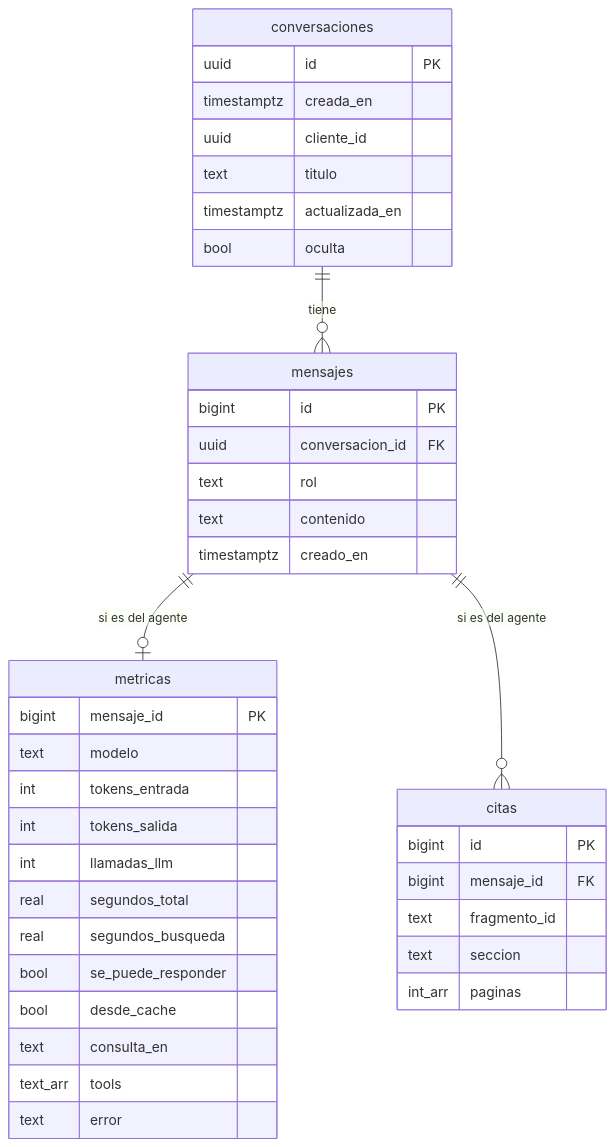
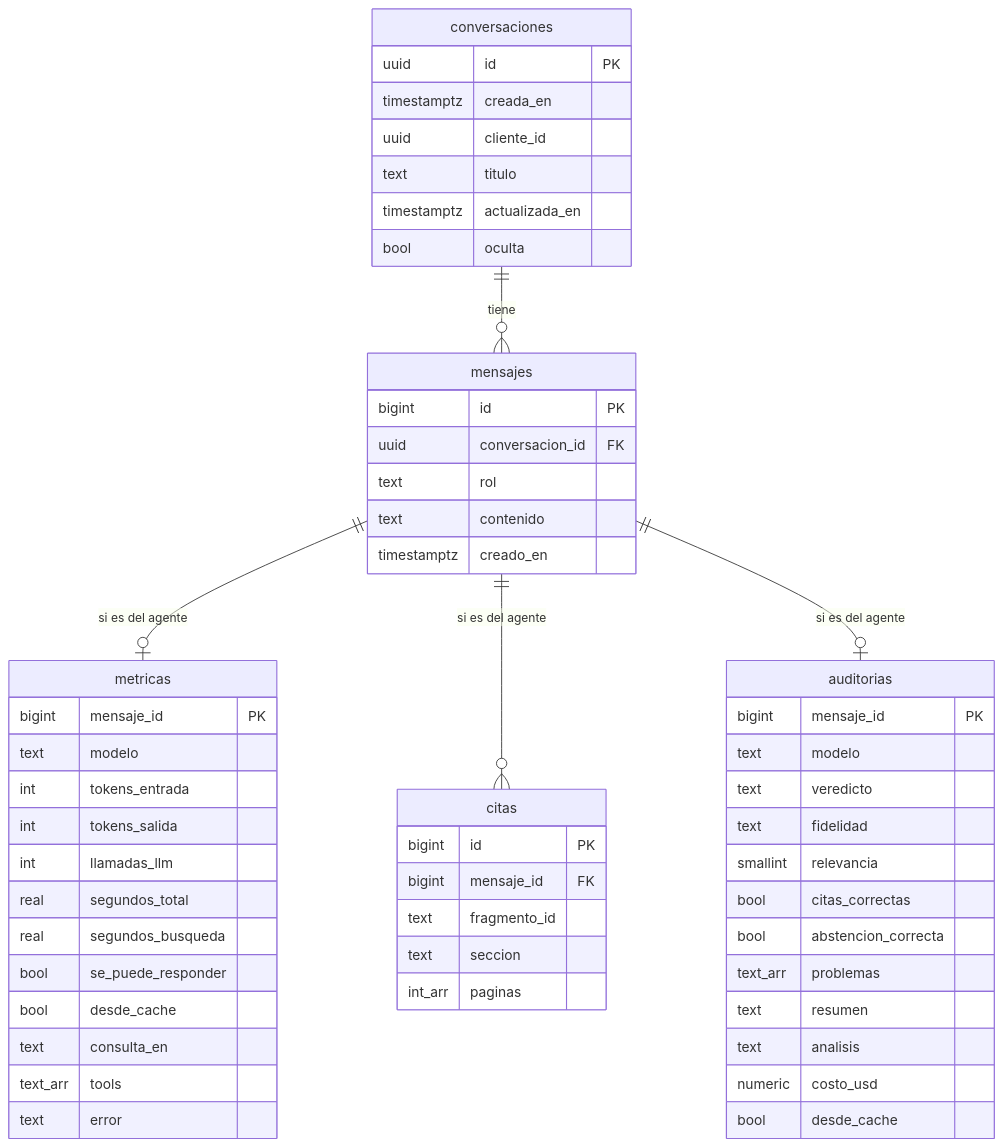
Before and after one commit to mcardenas3/agente-academico: the second of 2 diagrams in README.md, drawn with Mermaid. The commit also changed other lines of this file and 16 other files, not shown here.

````diff
--- a/README.md
+++ b/README.md
@@ -301,10 +354,12 @@
 ```mermaid
 erDiagram
     conversaciones ||--o{ mensajes : tiene
     mensajes ||--o| metricas : "si es del agente"
     mensajes ||--o{ citas : "si es del agente"
+    mensajes ||--o| auditorias : "si es del agente"
     conversaciones { uuid id PK  timestamptz creada_en  uuid cliente_id  text titulo  timestamptz actualizada_en  bool oculta }
     mensajes { bigint id PK  uuid conversacion_id FK  text rol  text contenido  timestamptz creado_en }
     metricas { bigint mensaje_id PK  text modelo  int tokens_entrada  int tokens_salida  int llamadas_llm  real segundos_total  real segundos_busqueda  bool se_puede_responder  bool desde_cache  text consulta_en  text_arr tools  text error }
     citas { bigint id PK  bigint mensaje_id FK  text fragmento_id  text seccion  int_arr paginas }
+    auditorias { bigint mensaje_id PK  text modelo  text veredicto  text fidelidad  smallint relevancia  bool citas_correctas  bool abstencion_correcta  text_arr problemas  text resumen  text analisis  numeric costo_usd  bool desde_cache }
 ```
````
